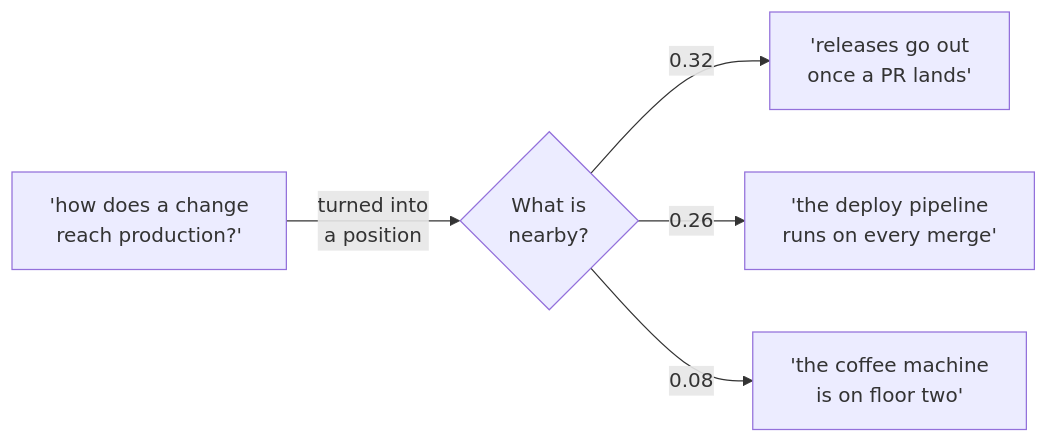
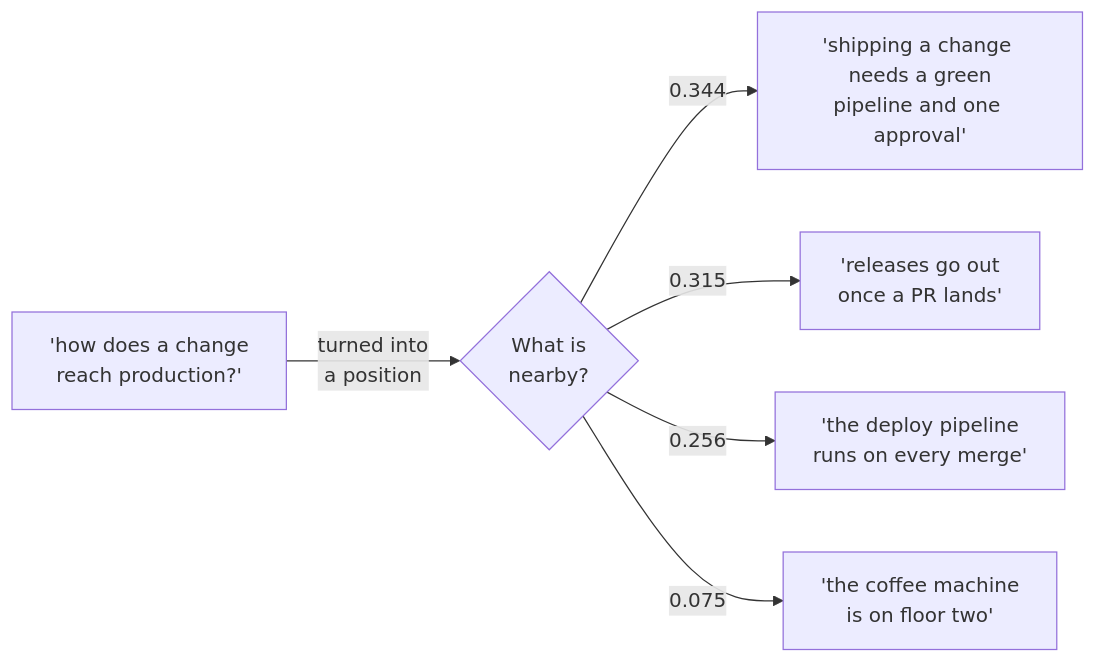
The first of 2 diagrams in src/content/engineering/embeddings-and-why-retrieval-beats-memorising.md (riddam/riddam.github.io), drawn with Mermaid before and after one commit. The commit also changed other lines of this file and 10 other files, not shown here.

````diff
--- a/src/content/engineering/embeddings-and-why-retrieval-beats-memorising.md
+++ b/src/content/engineering/embeddings-and-why-retrieval-beats-memorising.md
@@ -166,7 +166,8 @@
 ```mermaid
 flowchart LR
   Q["'how does a change<br/>reach production?'"] -- "turned into<br/>a position" --> N{"What is<br/>nearby?"}
-  N -- "0.32" --> A["'releases go out<br/>once a PR lands'"]
-  N -- "0.26" --> B["'the deploy pipeline<br/>runs on every merge'"]
-  N -- "0.08" --> C["'the coffee machine<br/>is on floor two'"]
+  N -- "0.344" --> T["'shipping a change needs a green<br/>pipeline and one approval'"]
+  N -- "0.315" --> A["'releases go out<br/>once a PR lands'"]
+  N -- "0.256" --> B["'the deploy pipeline<br/>runs on every merge'"]
+  N -- "0.075" --> C["'the coffee machine<br/>is on floor two'"]
 ```
````
